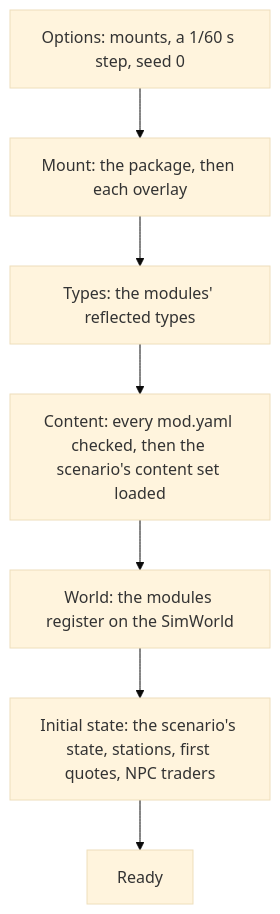
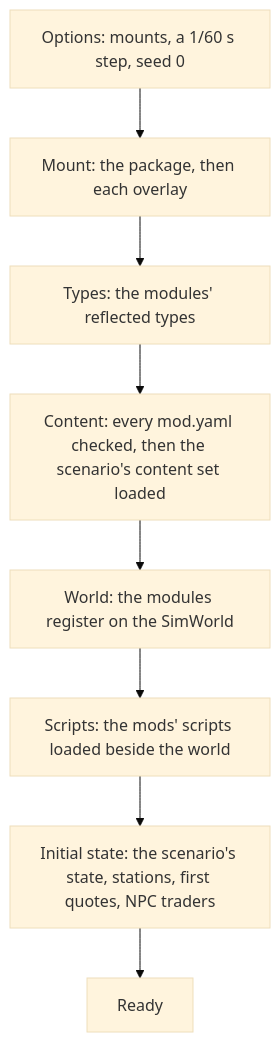
The first of 3 diagrams in docs/host.md (ivanhawkes/manifest), drawn with Mermaid (base theme) before and after one commit. The commit also changed other lines of this file and 15 other files, not shown here.

First line of the commit message:
Host: the mods' scripts run in every session, the server's given its events and its snapshots their keys (J62)

````diff
--- a/docs/host.md
+++ b/docs/host.md
@@ -37,9 +37,10 @@
 ```mermaid
 flowchart TD
     O["Options: mounts, a 1/60 s step, seed 0"] --> M["Mount: the package, then each overlay"]
     M --> T["Types: the modules' reflected types"]
     T --> C["Content: every mod.yaml checked, then the scenario's content set loaded"]
     C --> W["World: the modules register on the SimWorld"]
-    W --> I["Initial state: the scenario's state, stations, first quotes, NPC traders"]
+    W --> S["Scripts: the mods' scripts loaded beside the world"]
+    S --> I["Initial state: the scenario's state, stations, first quotes, NPC traders"]
     I --> R["Ready"]
 ```
````
